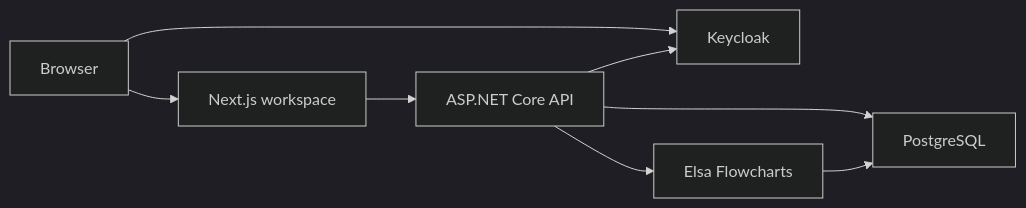
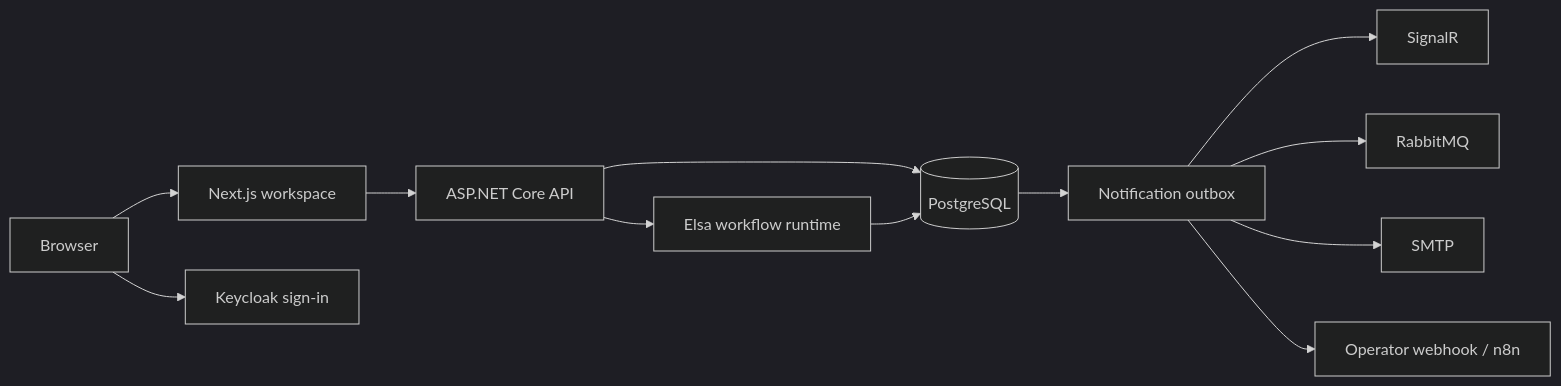
Before and after one commit to cevikburak1/flowops: the diagram in README.md, drawn with Mermaid (dark theme). The commit also changed other lines of this file and 44 other files, not shown here.

Commit message:
Add approval operations, notification delivery, and reporting

````diff
--- a/README.md
+++ b/README.md
@@ -48,10 +59,14 @@
 ```mermaid
 flowchart LR
-    User["Browser"] --> Web["Next.js workspace"]
+    Browser --> Web["Next.js workspace"]
+    Browser --> Keycloak["Keycloak sign-in"]
     Web --> API["ASP.NET Core API"]
-    User --> Identity["Keycloak"]
-    API --> Identity
-    API --> Database["PostgreSQL"]
-    API --> Elsa["Elsa Flowcharts"]
-    Elsa --> Database
+    API --> Postgres[("PostgreSQL")]
+    API --> Elsa["Elsa workflow runtime"]
+    Elsa --> Postgres
+    Postgres --> Delivery["Notification outbox"]
+    Delivery --> SignalR
+    Delivery --> RabbitMQ
+    Delivery --> SMTP
+    Delivery --> Webhook["Operator webhook / n8n"]
 ```
````
